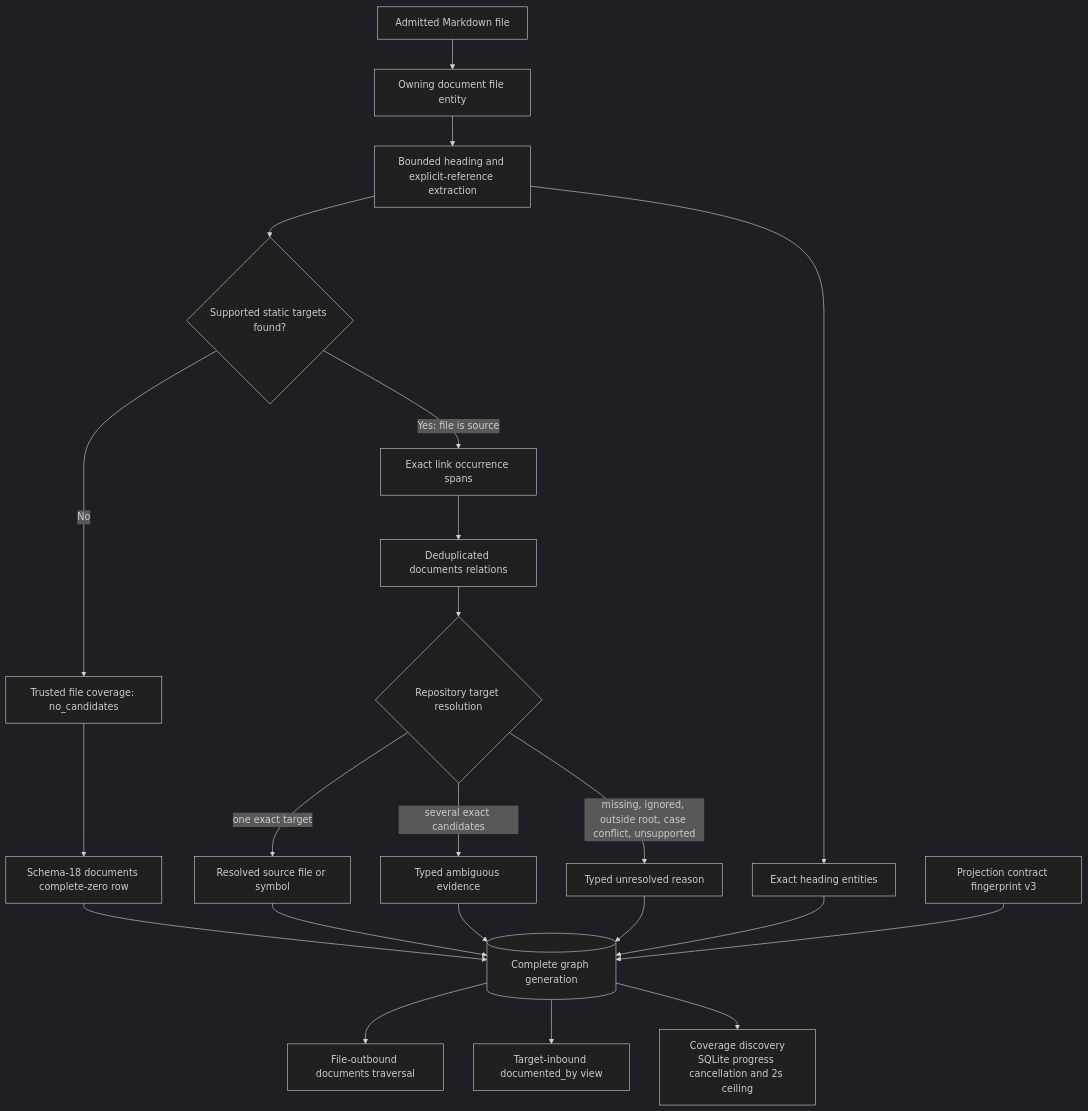
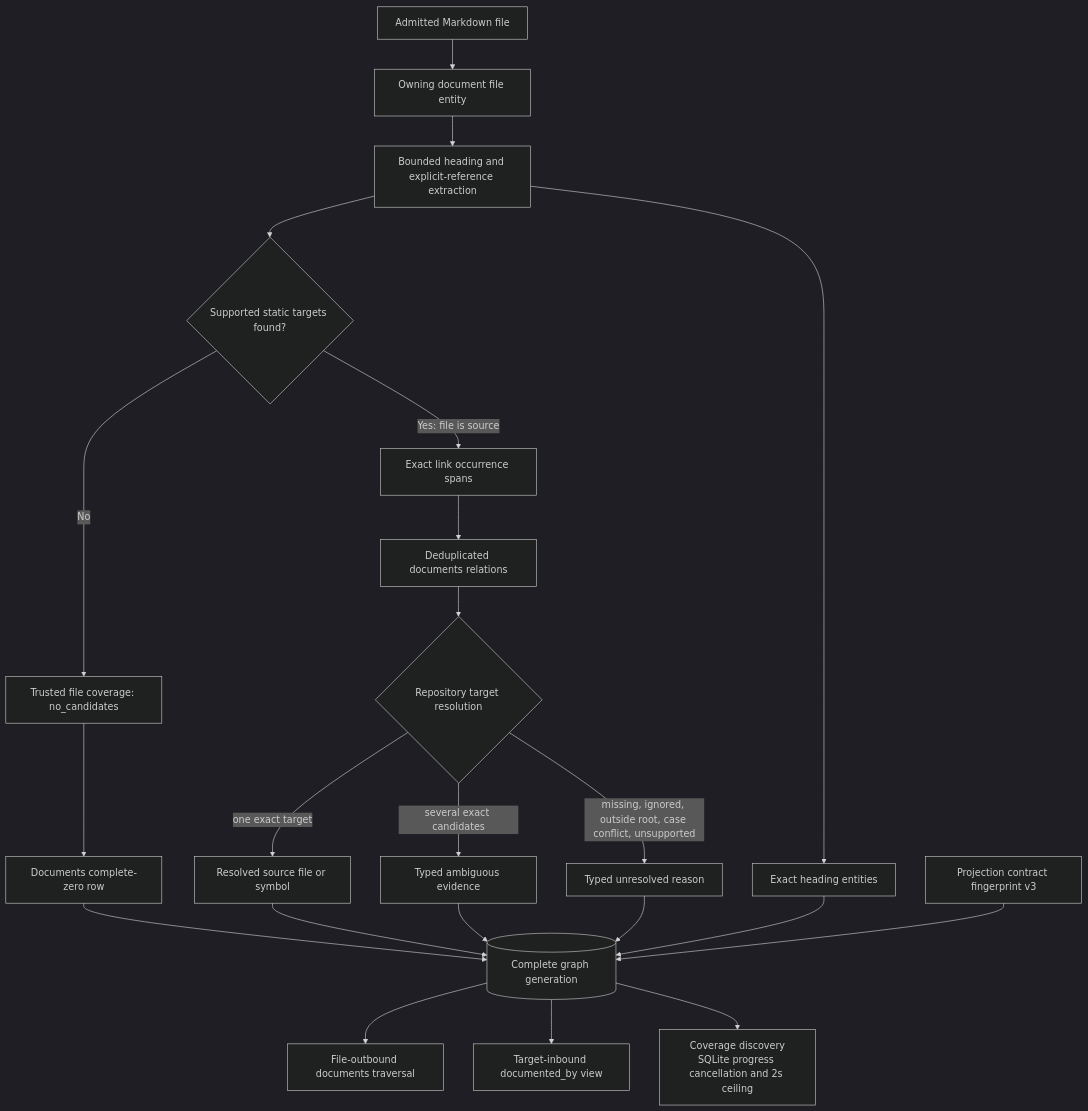
One commit to styler-ai/ProjectAtlas changed diagram 27 of 36 in docs/projectatlas-3-architecture.md. Above: the diagram before and after it, drawn with Mermaid (dark theme). The commit also changed other lines of this file and 45 other files, not shown here.

````diff
--- a/docs/projectatlas-3-architecture.md
+++ b/docs/projectatlas-3-architecture.md
@@ -1853,24 +1853,24 @@
 ```mermaid
 flowchart TB
     Markdown[Admitted Markdown file] --> File[Owning document file entity]
     File --> Extract[Bounded heading and explicit-reference extraction]
     Extract --> Candidates{Supported static targets found?}
     Extract --> Headings[Exact heading entities]
     Candidates -- No --> Empty[Trusted file coverage: no_candidates]
     Candidates -- Yes: file is source --> Occurrences[Exact link occurrence spans]
     Occurrences --> Relations[Deduplicated documents relations]
     Relations --> Resolution{Repository target resolution}
     Resolution -->|one exact target| Resolved[Resolved source file or symbol]
     Resolution -->|several exact candidates| Ambiguous[Typed ambiguous evidence]
     Resolution -->|missing, ignored, outside root, case conflict, unsupported| Unresolved[Typed unresolved reason]
-    Empty --> Normalize[Schema-18 documents complete-zero row]
+    Empty --> Normalize[Documents complete-zero row]
     Normalize --> Generation[(Complete graph generation)]
     Headings --> Generation
     Resolved --> Generation
     Ambiguous --> Generation
     Unresolved --> Generation
     Contract[Projection contract fingerprint v3] --> Generation
     Generation --> Outbound[File-outbound documents traversal]
     Generation --> Inbound[Target-inbound documented_by view]
     Generation --> Coverage[Coverage discovery<br/>SQLite progress cancellation and 2s ceiling]
 ```
````
